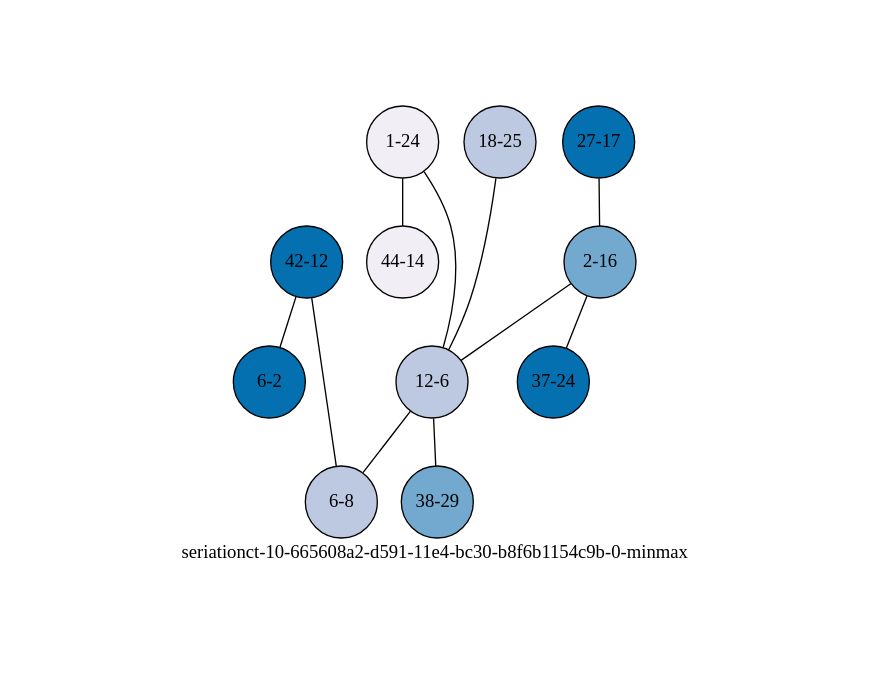
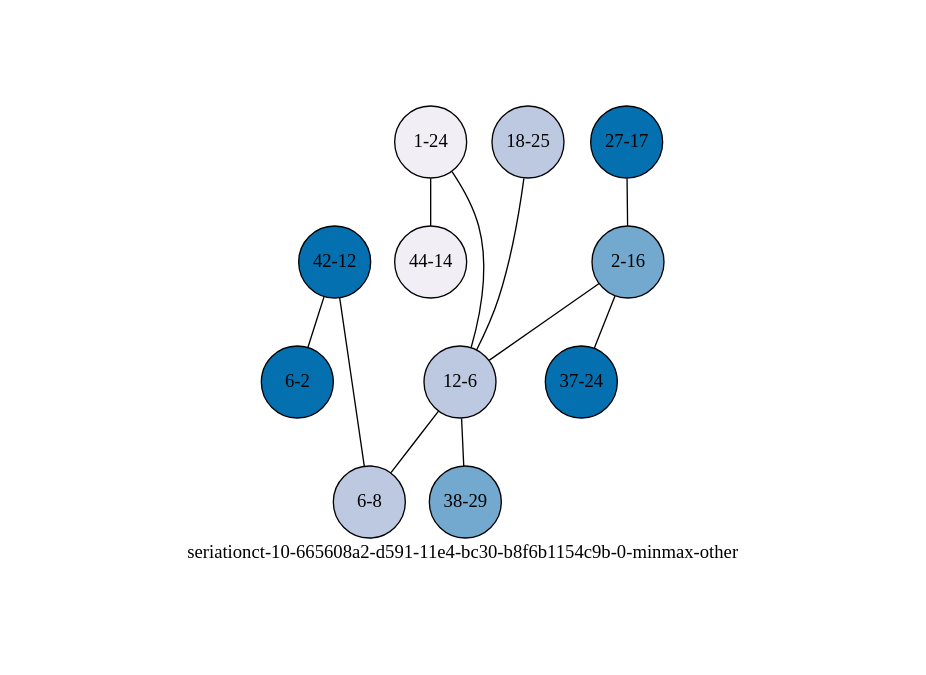
The diagram in experiments/seriationct-10/seriation-results/665608a2-d591-11e4-bc30-b8f6b1154c9b-0-sampled-0.05/665608a2-d591-11e4-bc30-b8f6b1154c9b-0-sampled-0.05-minmax-by-weight.png-annotated-chronological.dot (mmadsen/experiment-seriationct), drawn with Graphviz before and after one commit. The commit also changed 11 other files, not shown here.

```diff
--- a/experiments/seriationct-10/seriation-results/665608a2-d591-11e4-bc30-b8f6b1154c9b-0-sampled-0.05/665608a2-d591-11e4-bc30-b8f6b1154c9b-0-sampled-0.05-minmax-by-weight.png-annotated-chronological.dot
+++ b/experiments/seriationct-10/seriation-results/665608a2-d591-11e4-bc30-b8f6b1154c9b-0-sampled-0.05/665608a2-d591-11e4-bc30-b8f6b1154c9b-0-sampled-0.05-minmax-by-weight.png-annotated-chronological.dot
@@ -1,28 +1,28 @@
-strict graph "seriationct-10-665608a2-d591-11e4-bc30-b8f6b1154c9b-0-minmax" {
+strict graph "seriationct-10-665608a2-d591-11e4-bc30-b8f6b1154c9b-0-minmax-other" {
 labelloc=b;
 ratio=auto;
 pad="1.0";
-label="seriationct-10-665608a2-d591-11e4-bc30-b8f6b1154c9b-0-minmax";
+label="seriationct-10-665608a2-d591-11e4-bc30-b8f6b1154c9b-0-minmax-other";
 node [width="0.75", style=filled, fixedsize=true, height="0.75", shape=circle, label=""];
 0 [xCoordinate="25.0", appears_in_slice=3, yCoordinate="18.0", colorscheme=pubu4, short_label="18-25", label="18-25", fillcolor=2, id=0, size="576.50296551"];
 1 [xCoordinate="17.0", appears_in_slice=1, yCoordinate="27.0", colorscheme=pubu4, short_label="27-17", label="27-17", fillcolor=4, id=1, size="341.217793596"];
 2 [xCoordinate="24.0", appears_in_slice=4, yCoordinate="1.0", colorscheme=pubu4, short_label="1-24", label="1-24", fillcolor=1, id=2, size="686.485650024"];
 3 [xCoordinate="16.0", appears_in_slice=2, yCoordinate="2.0", colorscheme=pubu4, short_label="2-16", label="2-16", fillcolor=3, id=3, size="451.61135405"];
 4 [xCoordinate="12.0", appears_in_slice=1, yCoordinate="42.0", colorscheme=pubu4, short_label="42-12", label="42-12", fillcolor=4, id=4, size="470.643714532"];
 5 [xCoordinate="6.0", appears_in_slice=3, yCoordinate="12.0", colorscheme=pubu4, short_label="12-6", label="12-6", fillcolor=2, id=5, size="576.50296551"];
 6 [xCoordinate="8.0", appears_in_slice=3, yCoordinate="6.0", colorscheme=pubu4, short_label="6-8", label="6-8", fillcolor=2, id=6, size="576.50296551"];
 7 [xCoordinate="14.0", appears_in_slice=4, yCoordinate="44.0", colorscheme=pubu4, short_label="44-14", label="44-14", fillcolor=1, id=7, size="686.485650024"];
 8 [xCoordinate="2.0", appears_in_slice=1, yCoordinate="6.0", colorscheme=pubu4, short_label="6-2", label="6-2", fillcolor=4, id=8, size="341.217793596"];
 9 [xCoordinate="24.0", appears_in_slice=1, yCoordinate="37.0", colorscheme=pubu4, short_label="37-24", label="37-24", fillcolor=4, id=9, size="341.217793596"];
 10 [xCoordinate="29.0", appears_in_slice=2, yCoordinate="38.0", colorscheme=pubu4, short_label="38-29", label="38-29", fillcolor=3, id=10, size="451.61135405"];
 0 -- 5  [inverseweight="11.5060323642", weight="0.0869109323132"];
 1 -- 3  [inverseweight="2.53590777595", weight="0.394336106968"];
 2 -- 5  [inverseweight="3.49302709525", weight="0.286284638719"];
 2 -- 7  [inverseweight="7.89781044235", weight="0.12661737165"];
 3 -- 5  [inverseweight="6.68581747548", weight="0.149570341049"];
 3 -- 9  [inverseweight="2.3670080196", weight="0.422474276268"];
 4 -- 8  [inverseweight="3.79481588752", weight="0.263517395742"];
 4 -- 6  [inverseweight="3.31821415198", weight="0.301366926364"];
 5 -- 10  [inverseweight="7.17646332886", weight="0.139344403249"];
 5 -- 6  [inverseweight="6.4249486224", weight="0.15564326795"];
 }
```
